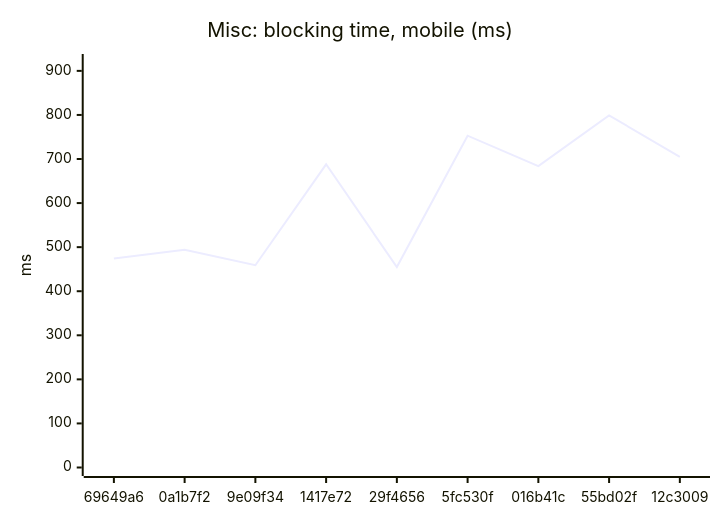
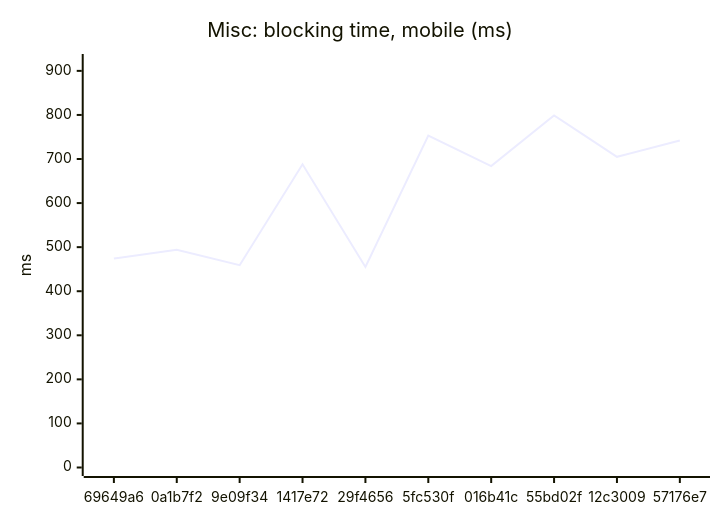
Before and after one commit to AxelUser/maltsev.space: the eighth of 18 diagrams in README.md, drawn with Mermaid. The commit also changed other lines of this file and 1 other file, not shown here.

````diff
--- a/README.md
+++ b/README.md
@@ -97,7 +97,7 @@
 ```mermaid
 xychart-beta
   title "Misc: blocking time, mobile (ms)"
-  x-axis ["69649a6", "0a1b7f2", "9e09f34", "1417e72", "29f4656", "5fc530f", "016b41c", "55bd02f", "12c3009"]
+  x-axis ["69649a6", "0a1b7f2", "9e09f34", "1417e72", "29f4656", "5fc530f", "016b41c", "55bd02f", "12c3009", "57176e7"]
   y-axis "ms" 0 --> 919
-  line [474, 494, 459, 688, 455, 753, 684, 799, 705]
+  line [474, 494, 459, 688, 455, 753, 684, 799, 705, 742]
 ```
````
